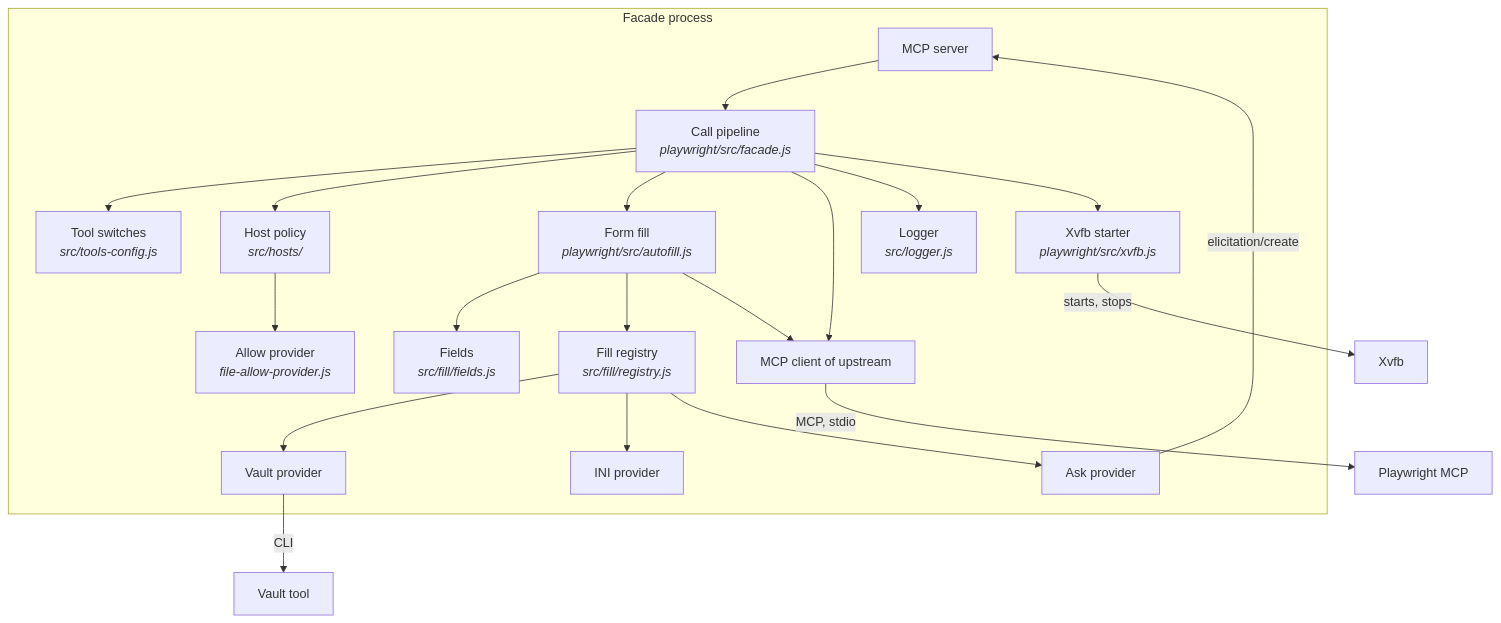
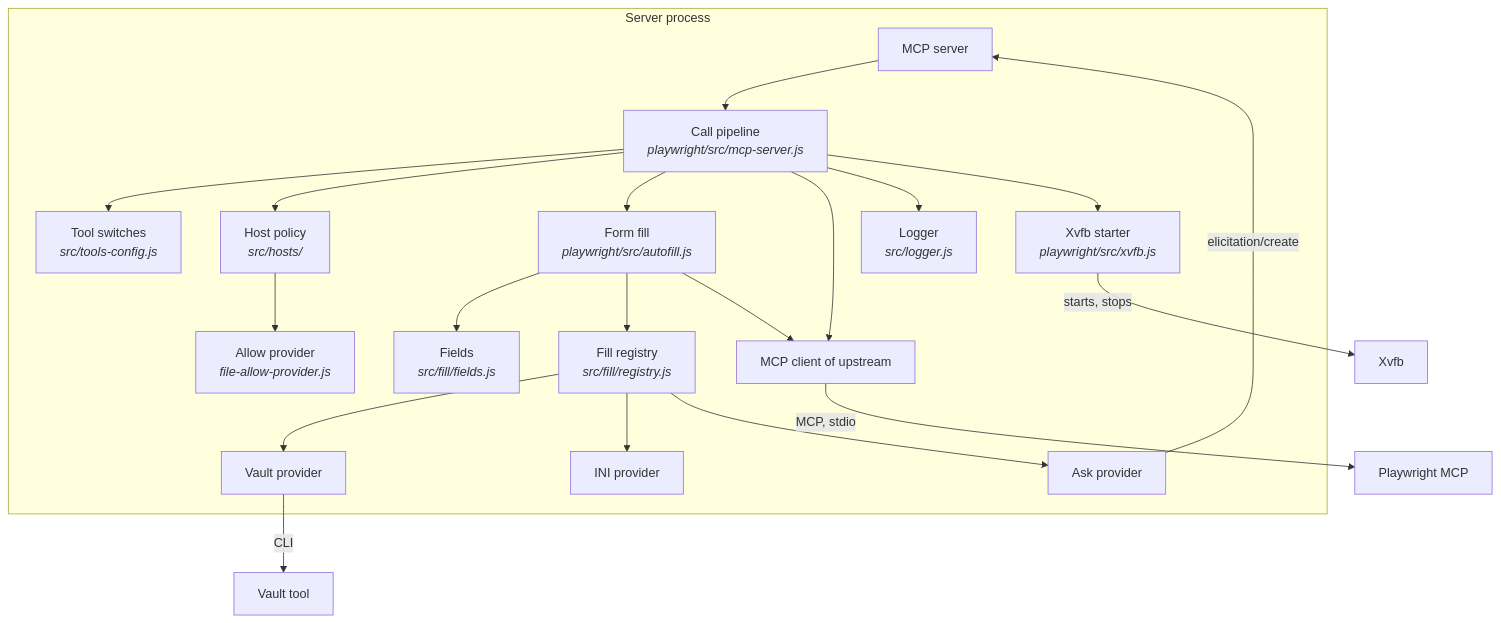
One commit to npstash/shared changed the third of 6 diagrams in tools/browser-automation-x-mcp/sdd/DESIGN.md. Above: the diagram before and after it, drawn with Mermaid. The commit also changed other lines of this file and 46 other files, not shown here.

First line of the commit message:
browser-automation-x-mcp: one MCP server on Playwright and Chromium only; neutral naming

````diff
--- a/tools/browser-automation-x-mcp/sdd/DESIGN.md
+++ b/tools/browser-automation-x-mcp/sdd/DESIGN.md
@@ -102,23 +97,23 @@
 ```mermaid
 flowchart TD
-    subgraph F[Facade process]
-        SV[MCP server] --> P[Call pipeline<br/><i>playwright/src/facade.js</i>]
+    subgraph F[Server process]
+        SV[MCP server] --> P[Call pipeline<br/><i>playwright/src/mcp-server.js</i>]
         P --> T[Tool switches<br/><i>src/tools-config.js</i>]
         P --> H[Host policy<br/><i>src/hosts/</i>]
         P --> AF[Form fill<br/><i>playwright/src/autofill.js</i>]
         AF --> FC[Fields<br/><i>src/fill/fields.js</i>]
         AF --> R[Fill registry<br/><i>src/fill/registry.js</i>]
         AF --> CL
         R --> PV[Vault provider]
         R --> PI[INI provider]
         R --> PA[Ask provider]
         H --> AP[Allow provider<br/><i>file-allow-provider.js</i>]
         P --> CL[MCP client of upstream]
         P --> LG[Logger<br/><i>src/logger.js</i>]
         P --> XV[Xvfb starter<br/><i>playwright/src/xvfb.js</i>]
     end
     XV -->|starts, stops| X[Xvfb]
     CL -->|MCP, stdio| M[Playwright MCP]
     PA -->|elicitation/create| SV
     PV -->|CLI| V[Vault tool]
 ```
````
